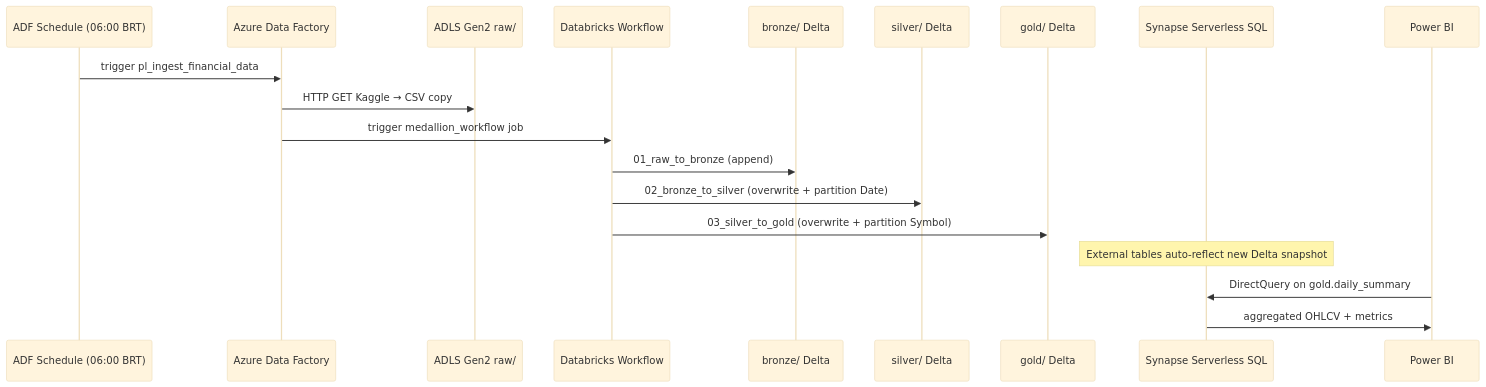
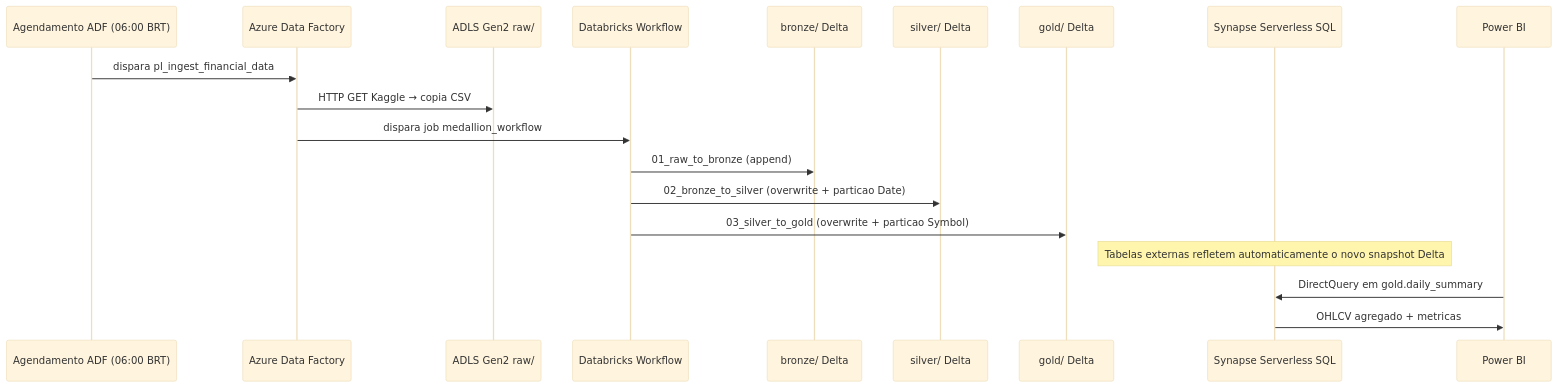
The second of 2 diagrams in docs/architecture/architecture.md (fabianoamaralbr/data-end-to-end), drawn with Mermaid (base theme) before and after one commit. The commit also changed other lines of this file and 23 other files, not shown here.

````diff
--- a/docs/architecture/architecture.md
+++ b/docs/architecture/architecture.md
@@ -62,22 +62,22 @@
 ```mermaid
 sequenceDiagram
-    participant Schedule as ADF Schedule (06:00 BRT)
+    participant Schedule as Agendamento ADF (06:00 BRT)
     participant ADF as Azure Data Factory
     participant ADLS as ADLS Gen2 raw/
     participant DBR as Databricks Workflow
     participant Bronze as bronze/ Delta
     participant Silver as silver/ Delta
     participant Gold as gold/ Delta
     participant Synapse as Synapse Serverless SQL
     participant PBI as Power BI
 
-    Schedule->>ADF: trigger pl_ingest_financial_data
-    ADF->>ADLS: HTTP GET Kaggle → CSV copy
-    ADF->>DBR: trigger medallion_workflow job
+    Schedule->>ADF: dispara pl_ingest_financial_data
+    ADF->>ADLS: HTTP GET Kaggle → copia CSV
+    ADF->>DBR: dispara job medallion_workflow
     DBR->>Bronze: 01_raw_to_bronze (append)
-    DBR->>Silver: 02_bronze_to_silver (overwrite + partition Date)
-    DBR->>Gold: 03_silver_to_gold (overwrite + partition Symbol)
-    Note over Synapse: External tables auto-reflect new Delta snapshot
-    PBI->>Synapse: DirectQuery on gold.daily_summary
-    Synapse->>PBI: aggregated OHLCV + metrics
+    DBR->>Silver: 02_bronze_to_silver (overwrite + particao Date)
+    DBR->>Gold: 03_silver_to_gold (overwrite + particao Symbol)
+    Note over Synapse: Tabelas externas refletem automaticamente o novo snapshot Delta
+    PBI->>Synapse: DirectQuery em gold.daily_summary
+    Synapse->>PBI: OHLCV agregado + metricas
 ```
````
